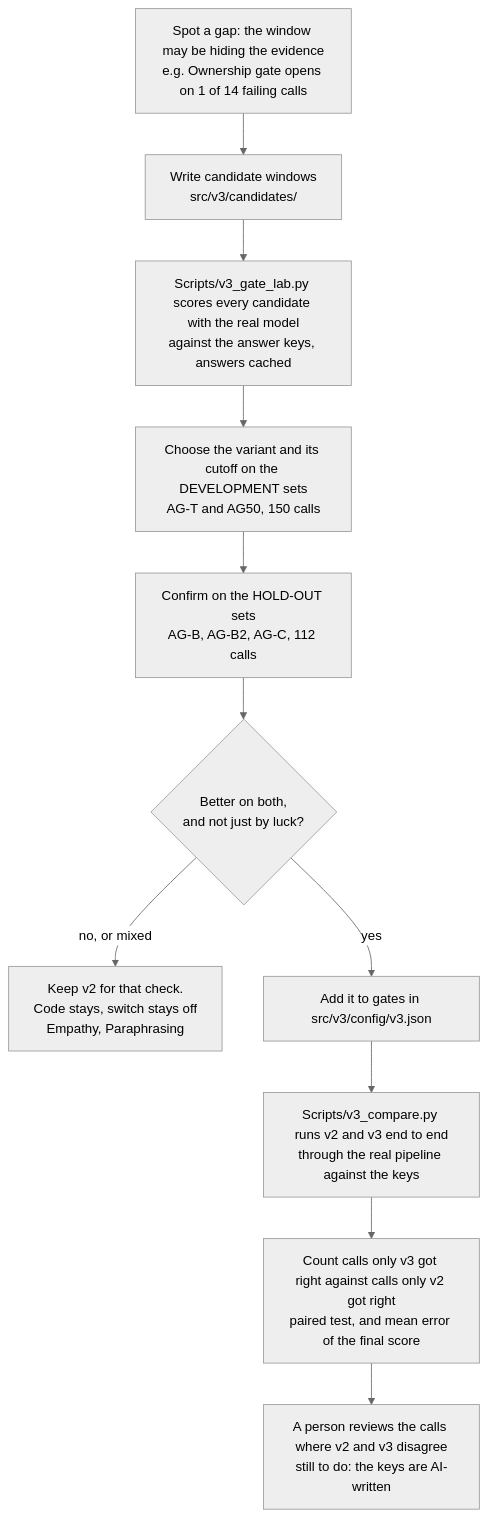
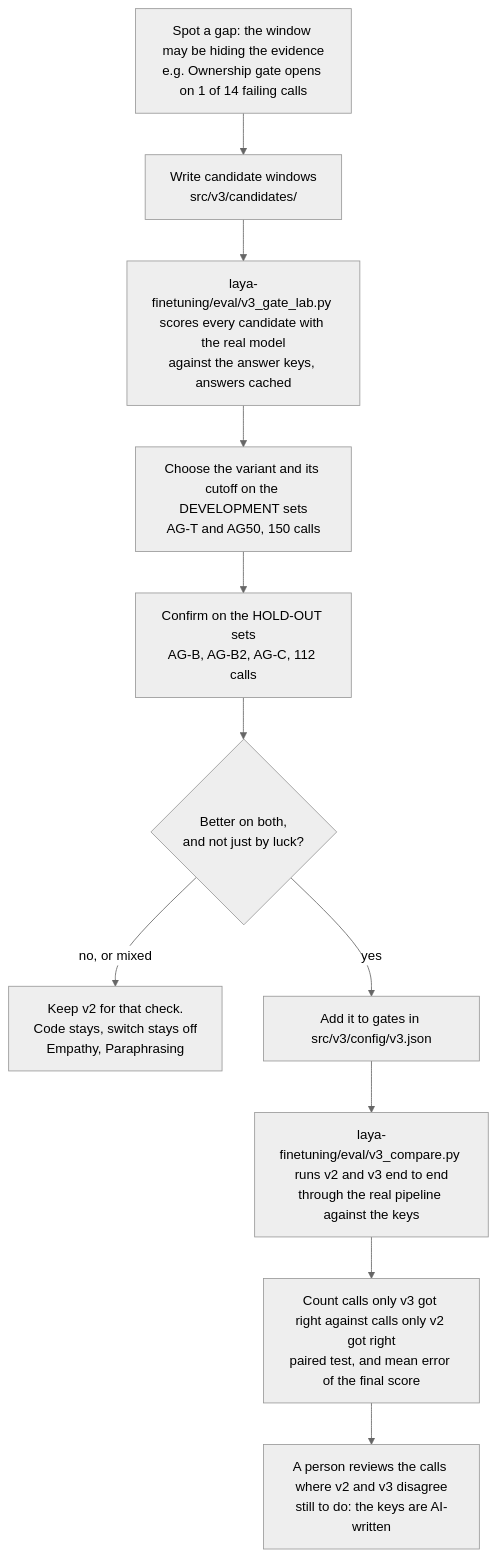
The tenth of 11 diagrams in Docs/FLOW_DIAGRAMS.md (nimjj/QA-system), drawn with Mermaid (neutral theme) before and after one commit. The commit also changed other lines of this file and 1148 other files, not shown here.

````diff
--- a/Docs/FLOW_DIAGRAMS.md
+++ b/Docs/FLOW_DIAGRAMS.md
@@ -340,13 +340,13 @@
 ```mermaid
 flowchart TD
     A["Spot a gap: the window may be hiding the evidence<br/>e.g. Ownership gate opens on 1 of 14 failing calls"] --> B["Write candidate windows<br/>src/v3/candidates/"]
-    B --> C["Scripts/v3_gate_lab.py scores every candidate with the real model<br/>against the answer keys, answers cached"]
+    B --> C["laya-finetuning/eval/v3_gate_lab.py scores every candidate with the real model<br/>against the answer keys, answers cached"]
     C --> D["Choose the variant and its cutoff on the DEVELOPMENT sets<br/>AG-T and AG50, 150 calls"]
     D --> E["Confirm on the HOLD-OUT sets<br/>AG-B, AG-B2, AG-C, 112 calls"]
     E --> F{"Better on both,<br/>and not just by luck?"}
     F -->|"no, or mixed"| G["Keep v2 for that check.<br/>Code stays, switch stays off<br/>Empathy, Paraphrasing"]
     F -->|"yes"| H["Add it to gates in src/v3/config/v3.json"]
-    H --> I["Scripts/v3_compare.py runs v2 and v3 end to end<br/>through the real pipeline against the keys"]
+    H --> I["laya-finetuning/eval/v3_compare.py runs v2 and v3 end to end<br/>through the real pipeline against the keys"]
     I --> J["Count calls only v3 got right against calls only v2 got right<br/>paired test, and mean error of the final score"]
     J --> K["A person reviews the calls where v2 and v3 disagree<br/>still to do: the keys are AI-written"]
 ```
````
